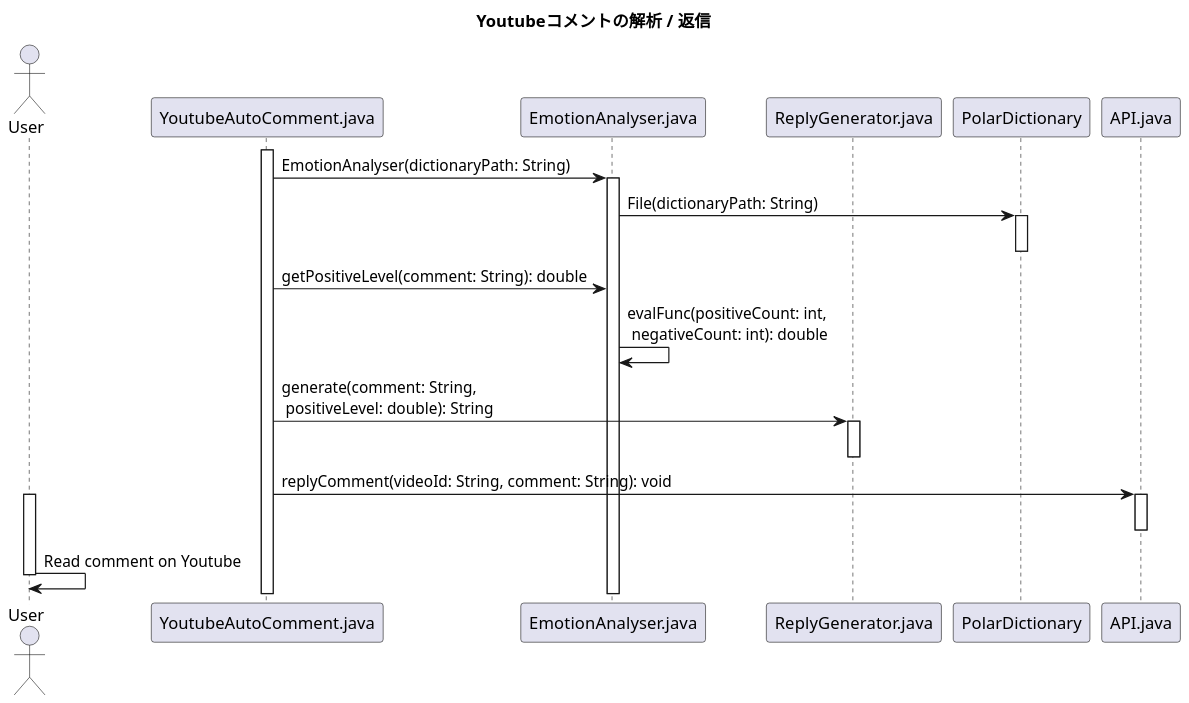
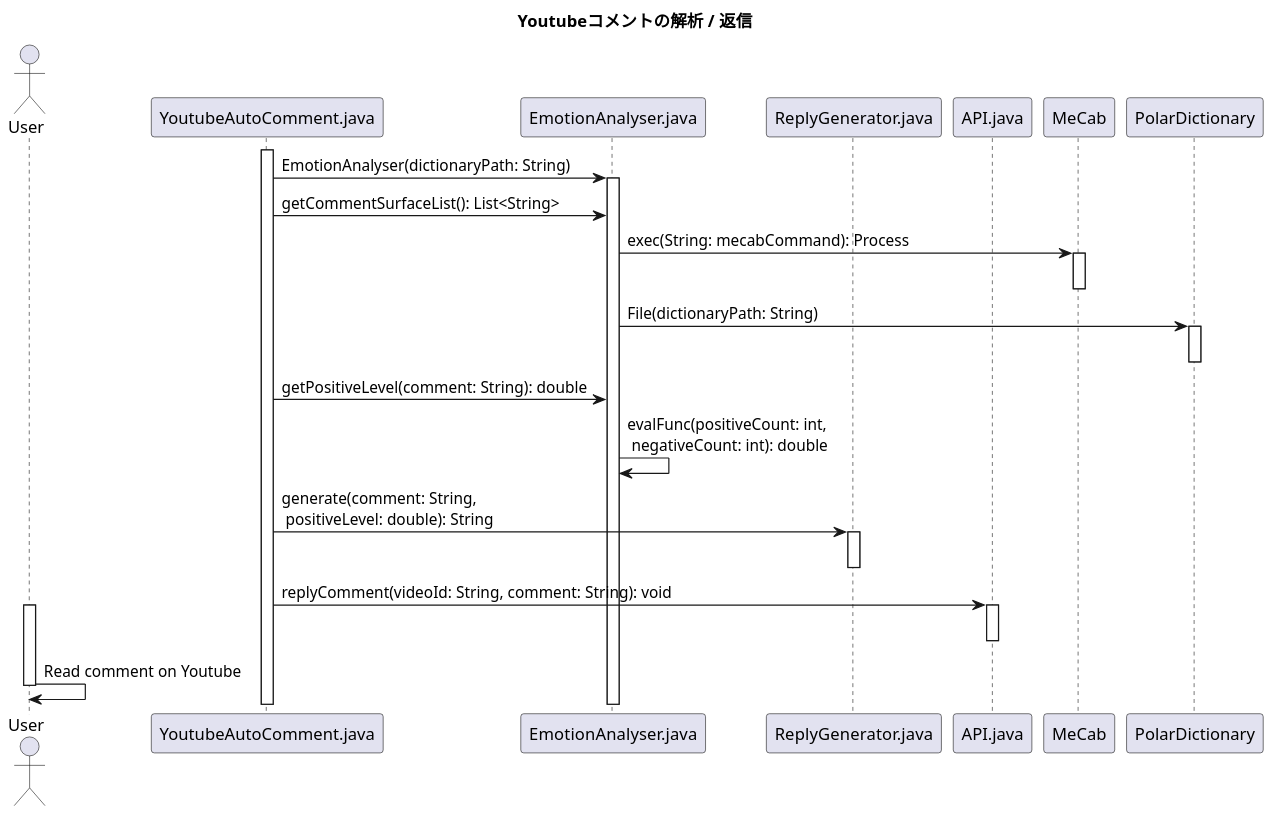
The diagram in uml/YoutubeAutoComment_SequenceDiagram_CommentAnalyser.pu (KataokaNagi/YoutubeAutoComment), drawn with PlantUML before and after one commit. The commit also changed other lines of this file, not shown here.

Commit message:
シーケンス図（解析）：MeCab関係の追加

```diff
--- a/uml/YoutubeAutoComment_SequenceDiagram_CommentAnalyser.pu
+++ b/uml/YoutubeAutoComment_SequenceDiagram_CommentAnalyser.pu
@@ -14,55 +13,65 @@
 @startuml out/SequenceDiagram_CommentAnalyser.png
 scale 1.5
 skinparam DefaultFontName メイリオ
 ' 可視性の変更
 skinparam classAttributeIconSize 0
 
 ''''''''''''''''''''''''''''''''''''''''''''''''''
 
 title
 **Youtubeコメントの解析 / 返信**
 end title
 
 ''''''''''''''''''''''''''''''''''''''''''''''''''''''''''''''''''''''''''''''''
 
 actor User
 participant YoutubeAutoComment.java
 participant EmotionAnalyser.java
 participant ReplyGenerator.java
+participant API.java
+participant MeCab
 participant PolarDictionary
-participant API.java
 
 ''''''''''''''''''''''''''''''''''''''''''''''''''''''''''''''''''''''''''''''''
 activate YoutubeAutoComment.java
 YoutubeAutoComment.java -> EmotionAnalyser.java: EmotionAnalyser(dictionaryPath: String)
 activate EmotionAnalyser.java
+
+''''''''''''''''''''''''''''''''''''''''''''''''''
+
+YoutubeAutoComment.java -> EmotionAnalyser.java: getCommentSurfaceList(): List<String> 
+EmotionAnalyser.java -> MeCab: exec(String: mecabCommand): Process
+activate MeCab
+deactivate MeCab
+
+''''''''''''''''''''''''''''''''''''''''''''''''''
 
 EmotionAnalyser.java -> PolarDictionary: File(dictionaryPath: String)
 activate PolarDictionary
 deactivate PolarDictionary
 
 ''''''''''''''''''''''''''''''''''''''''''''''''''
 
 YoutubeAutoComment.java -> EmotionAnalyser.java: getPositiveLevel(comment: String): double
 EmotionAnalyser.java -> EmotionAnalyser.java: evalFunc(positiveCount: int,\n negativeCount: int): double
 
 ''''''''''''''''''''''''''''''''''''''''''''''''''
 
 YoutubeAutoComment.java -> ReplyGenerator.java: generate(comment: String,\n positiveLevel: double): String
 activate ReplyGenerator.java
 deactivate ReplyGenerator.java
 
 ''''''''''''''''''''''''''''''''''''''''''''''''''
 
 ' でっちあげコメント
 YoutubeAutoComment.java -> API.java: replyComment(videoId: String, comment: String): void
 activate API.java
 deactivate API.java
 
 ''''''''''''''''''''''''''''''''''''''''''''''''''
 
 activate User
 User -> User: Read comment on Youtube
 deactivate User
 
 @enduml
```
